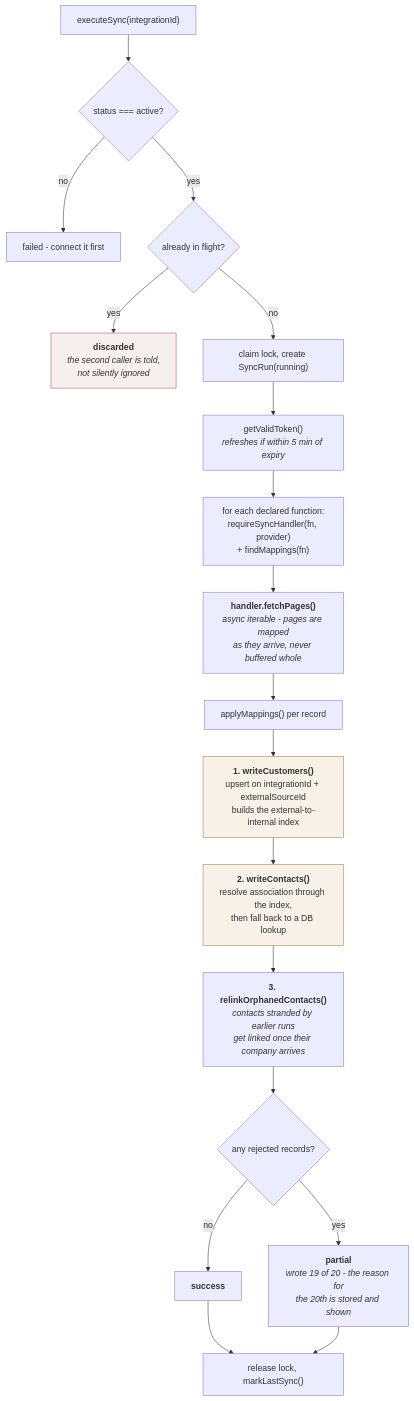
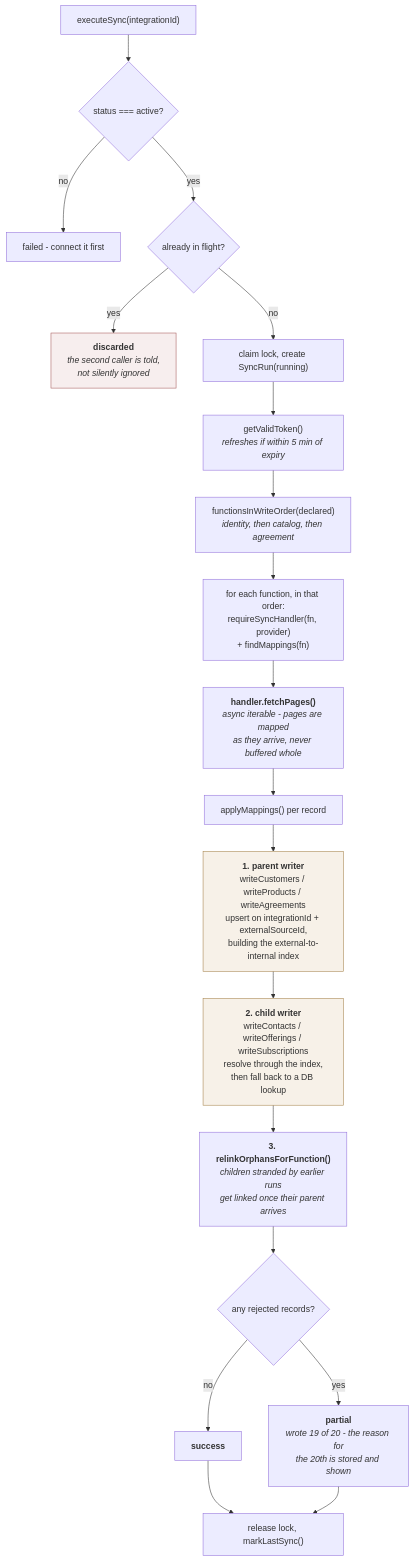
One commit to ajibade-ibrahim/Integration-Demo changed the fifth of 9 diagrams in docs/architecture.md. Above: the diagram before and after it, drawn with Mermaid. The commit also changed other lines of this file and 55 other files, not shown here.

````diff
--- a/docs/architecture.md
+++ b/docs/architecture.md
@@ -281,29 +281,30 @@
 ```mermaid
 flowchart TB
     START["executeSync(integrationId)"] --> G1{"status === active?"}
     G1 -->|no| FAIL1["failed - connect it first"]
     G1 -->|yes| G2{"already in flight?"}
     G2 -->|yes| DISC["<b>discarded</b><br/><i>the second caller is told,<br/>not silently ignored</i>"]
     G2 -->|no| LOCK["claim lock, create SyncRun(running)"]
 
     LOCK --> TOK["getValidToken()<br/><i>refreshes if within 5 min of expiry</i>"]
-    TOK --> LOOP["for each declared function:<br/>requireSyncHandler(fn, provider)<br/>+ findMappings(fn)"]
+    TOK --> ORDER["functionsInWriteOrder(declared)<br/><i>identity, then catalog, then agreement</i>"]
+    ORDER --> LOOP["for each function, in that order:<br/>requireSyncHandler(fn, provider)<br/>+ findMappings(fn)"]
 
     LOOP --> FETCH["<b>handler.fetchPages()</b><br/><i>async iterable - pages are mapped<br/>as they arrive, never buffered whole</i>"]
     FETCH --> MAP["applyMappings() per record"]
 
-    MAP --> WC["<b>1. writeCustomers()</b><br/>upsert on integrationId + externalSourceId<br/>builds the external-to-internal index"]
-    WC --> WK["<b>2. writeContacts()</b><br/>resolve association through the index,<br/>then fall back to a DB lookup"]
-    WK --> RELINK["<b>3. relinkOrphanedContacts()</b><br/><i>contacts stranded by earlier runs<br/>get linked once their company arrives</i>"]
+    MAP --> WC["<b>1. parent writer</b><br/>writeCustomers / writeProducts / writeAgreements<br/>upsert on integrationId + externalSourceId,<br/>building the external-to-internal index"]
+    WC --> WK["<b>2. child writer</b><br/>writeContacts / writeOfferings / writeSubscriptions<br/>resolve through the index,<br/>then fall back to a DB lookup"]
+    WK --> RELINK["<b>3. relinkOrphansForFunction()</b><br/><i>children stranded by earlier runs<br/>get linked once their parent arrives</i>"]
 
     RELINK --> STATUS{"any rejected records?"}
     STATUS -->|no| OK["<b>success</b>"]
     STATUS -->|yes| PART["<b>partial</b><br/><i>wrote 19 of 20 - the reason for<br/>the 20th is stored and shown</i>"]
 
     OK --> REL["release lock, markLastSync()"]
     PART --> REL
 
     style WC fill:#f7f1e8,stroke:#a5824a
     style WK fill:#f7f1e8,stroke:#a5824a
     style DISC fill:#f7eeee,stroke:#a55a5a
 ```
````
